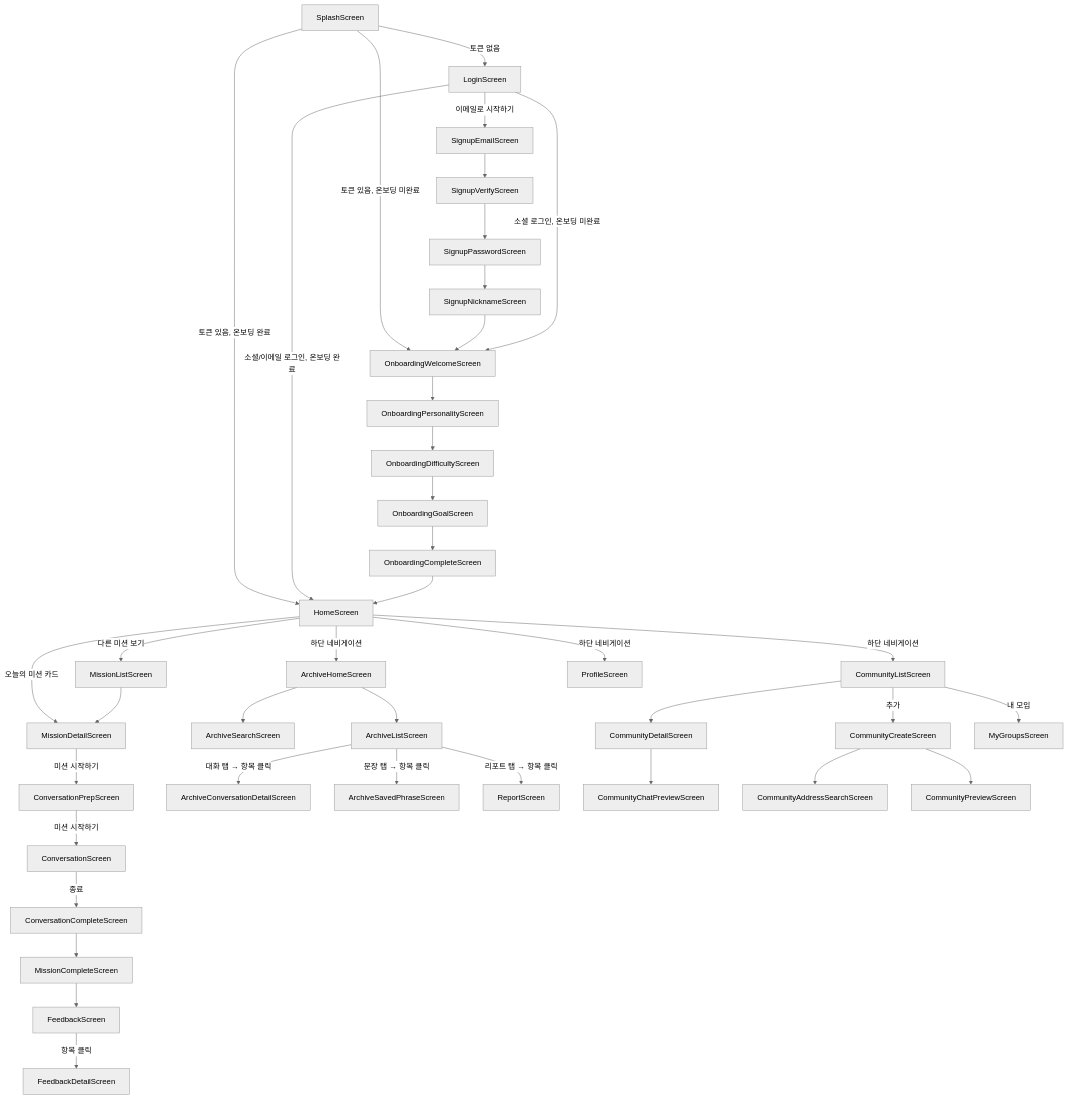
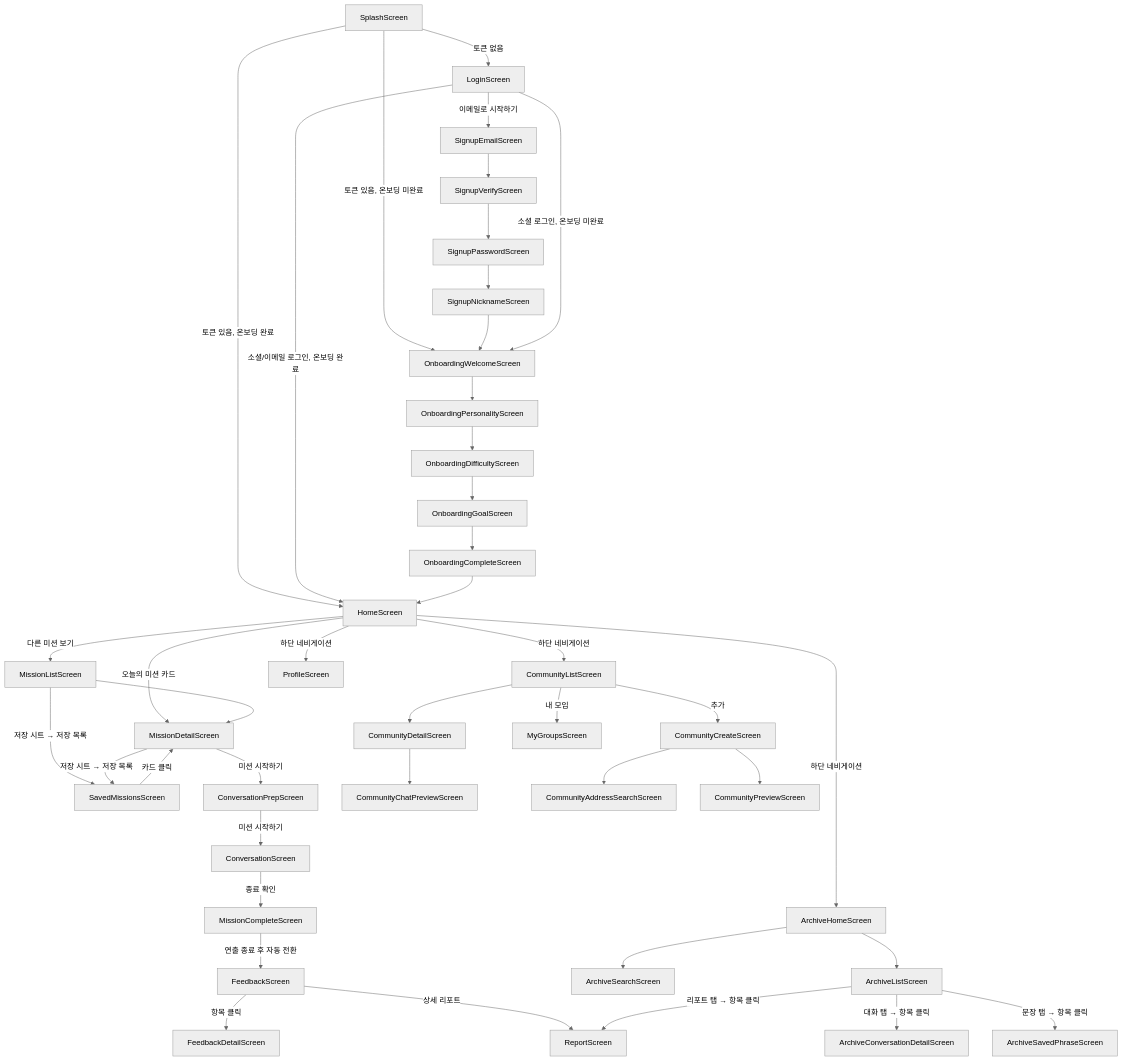
One commit to TalkQQuest/TalkQQuest-Android changed the diagram in NAVIGATION.md. Above: the diagram before and after it, drawn with Mermaid (neutral theme). The commit also changed other lines of this file and 3 other files, not shown here.

````diff
--- a/NAVIGATION.md
+++ b/NAVIGATION.md
@@ -87,47 +96,50 @@
 ```mermaid
 flowchart TD
     Splash[SplashScreen] -->|토큰 없음| Login[LoginScreen]
     Splash -->|토큰 있음, 온보딩 미완료| OnboardWelcome[OnboardingWelcomeScreen]
     Splash -->|토큰 있음, 온보딩 완료| Home[HomeScreen]
 
     Login -->|이메일로 시작하기| SignupEmail[SignupEmailScreen]
     SignupEmail --> SignupVerify[SignupVerifyScreen]
     SignupVerify --> SignupPw[SignupPasswordScreen]
     SignupPw --> SignupNick[SignupNicknameScreen]
     SignupNick --> OnboardWelcome
     Login -->|소셜 로그인, 온보딩 미완료| OnboardWelcome
     Login -->|소셜/이메일 로그인, 온보딩 완료| Home
 
     OnboardWelcome --> OnboardPersonality[OnboardingPersonalityScreen]
     OnboardPersonality --> OnboardDifficulty[OnboardingDifficultyScreen]
     OnboardDifficulty --> OnboardGoal[OnboardingGoalScreen]
     OnboardGoal --> OnboardComplete[OnboardingCompleteScreen]
     OnboardComplete --> Home
 
     Home -->|다른 미션 보기| MissionList[MissionListScreen]
     Home -->|오늘의 미션 카드| MissionDetail[MissionDetailScreen]
     MissionList --> MissionDetail
+    MissionList -->|저장 시트 → 저장 목록| SavedMissions[SavedMissionsScreen]
+    MissionDetail -->|저장 시트 → 저장 목록| SavedMissions
+    SavedMissions -->|카드 클릭| MissionDetail
     MissionDetail -->|미션 시작하기| ConvPrep[ConversationPrepScreen]
     ConvPrep -->|미션 시작하기| Conversation[ConversationScreen]
-    Conversation -->|종료| ConvComplete[ConversationCompleteScreen]
-    ConvComplete --> MissionComplete[MissionCompleteScreen]
-    MissionComplete --> Feedback[FeedbackScreen]
+    Conversation -->|종료 확인| MissionComplete[MissionCompleteScreen]
+    MissionComplete -->|연출 종료 후 자동 전환| Feedback[FeedbackScreen]
     Feedback -->|항목 클릭| FeedbackDetail[FeedbackDetailScreen]
+    Feedback -->|상세 리포트| Report[ReportScreen]
 
     Home -->|하단 네비게이션| Archive[ArchiveHomeScreen]
     Home -->|하단 네비게이션| Community[CommunityListScreen]
     Home -->|하단 네비게이션| Profile[ProfileScreen]
 
     Archive --> ArchiveSearch[ArchiveSearchScreen]
     Archive --> ArchiveList[ArchiveListScreen]
     ArchiveList -->|대화 탭 → 항목 클릭| ArchiveConvDetail[ArchiveConversationDetailScreen]
     ArchiveList -->|문장 탭 → 항목 클릭| ArchiveSavedPhrase[ArchiveSavedPhraseScreen]
     ArchiveList -->|리포트 탭 → 항목 클릭| Report[ReportScreen]
 
     Community --> CommunityDetail[CommunityDetailScreen]
     CommunityDetail --> CommunityChatPreview[CommunityChatPreviewScreen]
     Community -->|추가| CommunityCreate[CommunityCreateScreen]
     CommunityCreate --> CommunityAddressSearch[CommunityAddressSearchScreen]
     CommunityCreate --> CommunityPreview[CommunityPreviewScreen]
     Community -->|내 모임| MyGroups[MyGroupsScreen]
 ```
````
